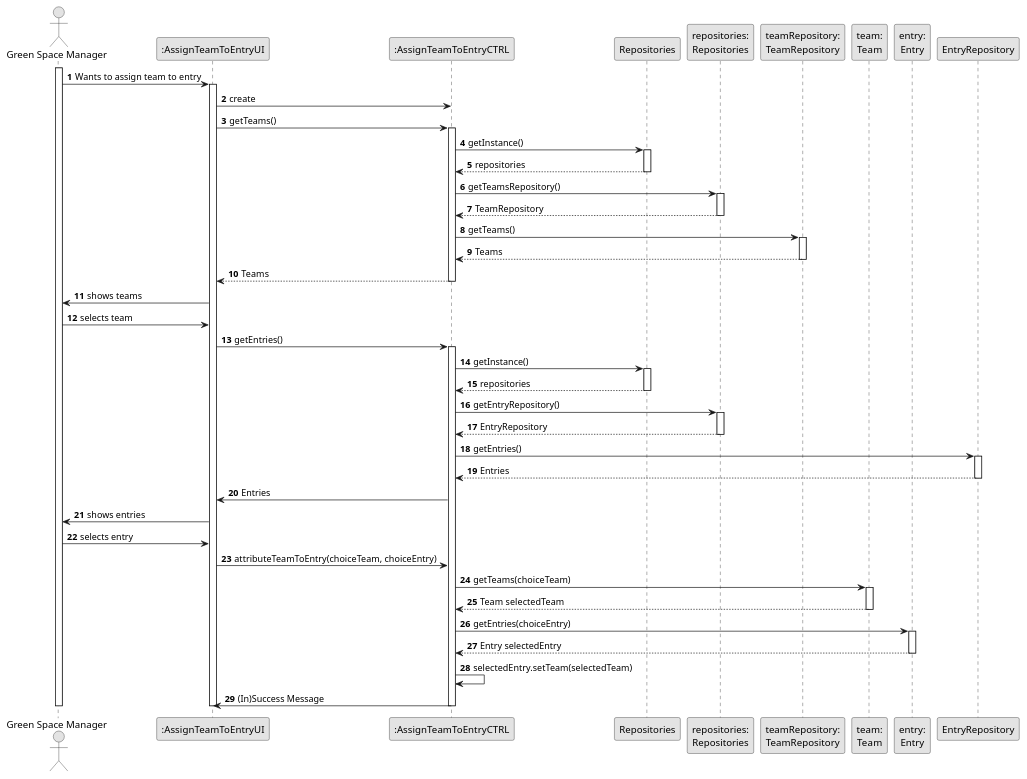
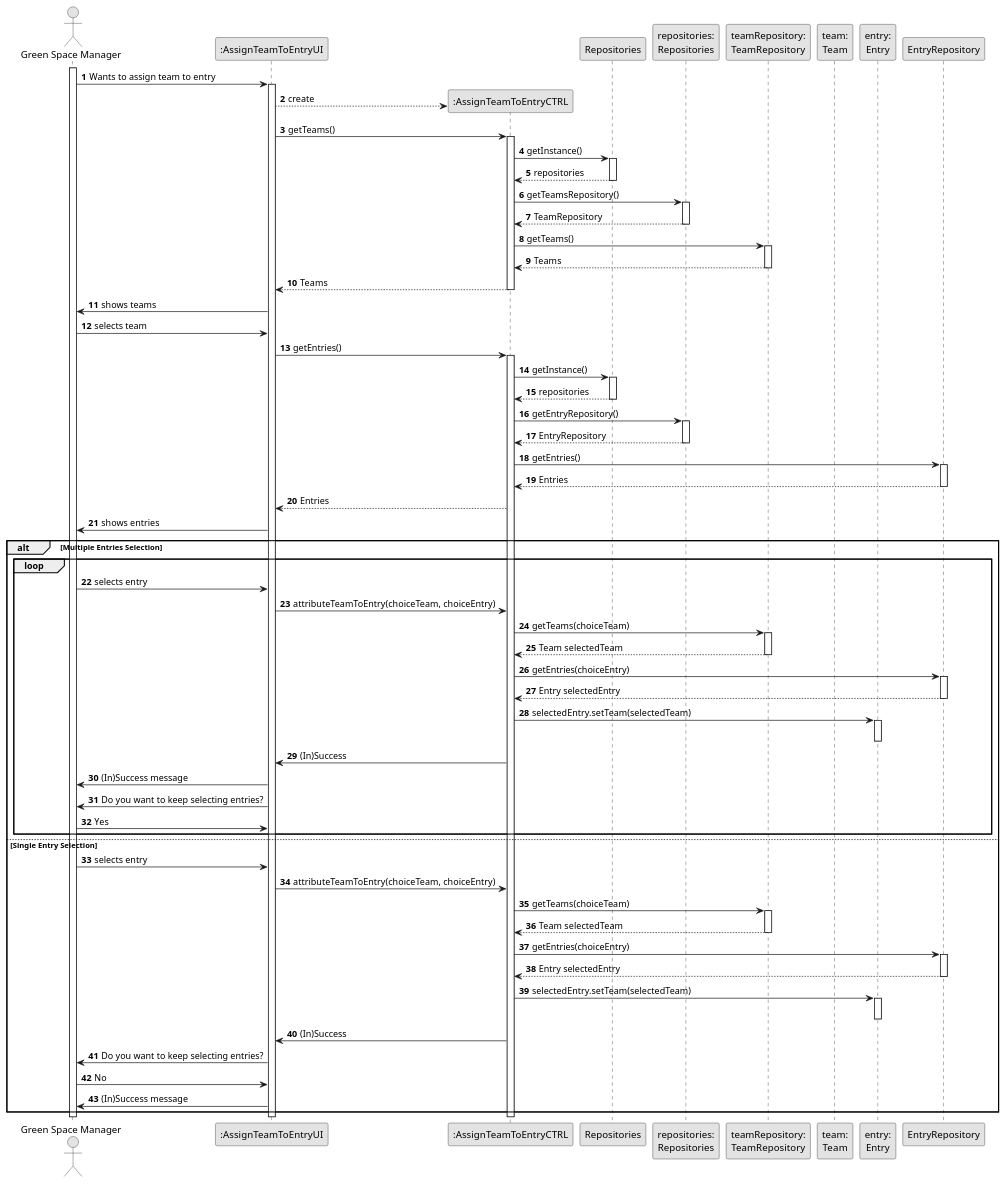
The diagram in docs/SprintC/us23/03.design/puml/us023-sequence-diagram-full.puml (Departamento-de-Engenharia-Informatica/lei-24-s2-1df-1de-g063), drawn with PlantUML before and after one commit. The commit also changed 2 other files, not shown here.

```diff
--- a/docs/SprintC/us23/03.design/puml/us023-sequence-diagram-full.puml
+++ b/docs/SprintC/us23/03.design/puml/us023-sequence-diagram-full.puml
@@ -1,80 +1,109 @@
 @startuml
 skinparam monochrome true
 skinparam packageStyle rectangle
 skinparam shadowing false
 
 autonumber
 
 actor "Green Space Manager" as GSM
 participant ":AssignTeamToEntryUI" as UI
 participant ":AssignTeamToEntryCTRL" as CTRL
 participant "Repositories" as Rep
 participant "repositories:\nRepositories" as Repositories
 participant "teamRepository:\nTeamRepository" as TeamRepository
 participant "team:\nTeam" as Team
 participant "entry:\nEntry" as Entry
 
 activate GSM
     GSM -> UI : Wants to assign team to entry
     activate UI
-        UI -> CTRL : create
+        UI --> CTRL** : create
         UI -> CTRL : getTeams()
         activate CTRL
 
             CTRL -> Rep : getInstance()
             activate Rep
                 Rep --> CTRL : repositories
             deactivate Rep
 
             CTRL -> Repositories : getTeamsRepository()
             activate Repositories
                 Repositories --> CTRL : TeamRepository
             deactivate Repositories
 
             CTRL -> TeamRepository : getTeams()
             activate TeamRepository
                 TeamRepository --> CTRL : Teams
             deactivate TeamRepository
 
         CTRL --> UI : Teams
         deactivate CTRL
 
         UI -> GSM : shows teams
         GSM -> UI : selects team
         UI -> CTRL : getEntries()
         activate CTRL
 
             CTRL -> Rep : getInstance()
             activate Rep
                 Rep --> CTRL : repositories
             deactivate Rep
 
             CTRL -> Repositories : getEntryRepository()
             activate Repositories
                 Repositories --> CTRL : EntryRepository
             deactivate Repositories
 
             CTRL -> EntryRepository : getEntries()
             activate EntryRepository
                 EntryRepository --> CTRL : Entries
             deactivate EntryRepository
 
-            CTRL -> UI : Entries
-            UI -> GSM : shows entries
+        CTRL --> UI : Entries
+        UI -> GSM : shows entries
+
+        alt Multiple Entries Selection
+            loop
+                GSM -> UI : selects entry
+                UI -> CTRL : attributeTeamToEntry(choiceTeam, choiceEntry)
+                CTRL -> TeamRepository : getTeams(choiceTeam)
+                    activate TeamRepository
+                        TeamRepository --> CTRL : Team selectedTeam
+                    deactivate TeamRepository
+                CTRL -> EntryRepository : getEntries(choiceEntry)
+                    activate EntryRepository
+                        EntryRepository --> CTRL : Entry selectedEntry
+                    deactivate EntryRepository
+                CTRL -> Entry : selectedEntry.setTeam(selectedTeam)
+                           activate Entry
+                           deactivate Entry
+                CTRL -> UI : (In)Success
+                UI-> GSM : (In)Success message
+                UI -> GSM : Do you want to keep selecting entries?
+                GSM -> UI : Yes
+            end
+        else Single Entry Selection
             GSM -> UI : selects entry
             UI -> CTRL : attributeTeamToEntry(choiceTeam, choiceEntry)
-            CTRL -> Team : getTeams(choiceTeam)
-                activate Team
-                    Team --> CTRL : Team selectedTeam
-                deactivate Team
-            CTRL -> Entry : getEntries(choiceEntry)
-                activate Entry
-                    Entry --> CTRL : Entry selectedEntry
-                deactivate Entry
-            CTRL -> CTRL : selectedEntry.setTeam(selectedTeam)
-            CTRL -> UI : (In)Success Message
+            CTRL -> TeamRepository : getTeams(choiceTeam)
+                activate TeamRepository
+                    TeamRepository --> CTRL : Team selectedTeam
+                deactivate TeamRepository
+            CTRL -> EntryRepository : getEntries(choiceEntry)
+                activate EntryRepository
+                    EntryRepository --> CTRL : Entry selectedEntry
+                deactivate EntryRepository
+
+            CTRL -> Entry : selectedEntry.setTeam(selectedTeam)
+            activate Entry
+            deactivate Entry
+            CTRL -> UI : (In)Success
+            UI -> GSM : Do you want to keep selecting entries?
+            GSM -> UI : No
+            UI-> GSM : (In)Success message
+        end
 
         deactivate CTRL
     deactivate UI
 deactivate GSM
 @enduml
```
